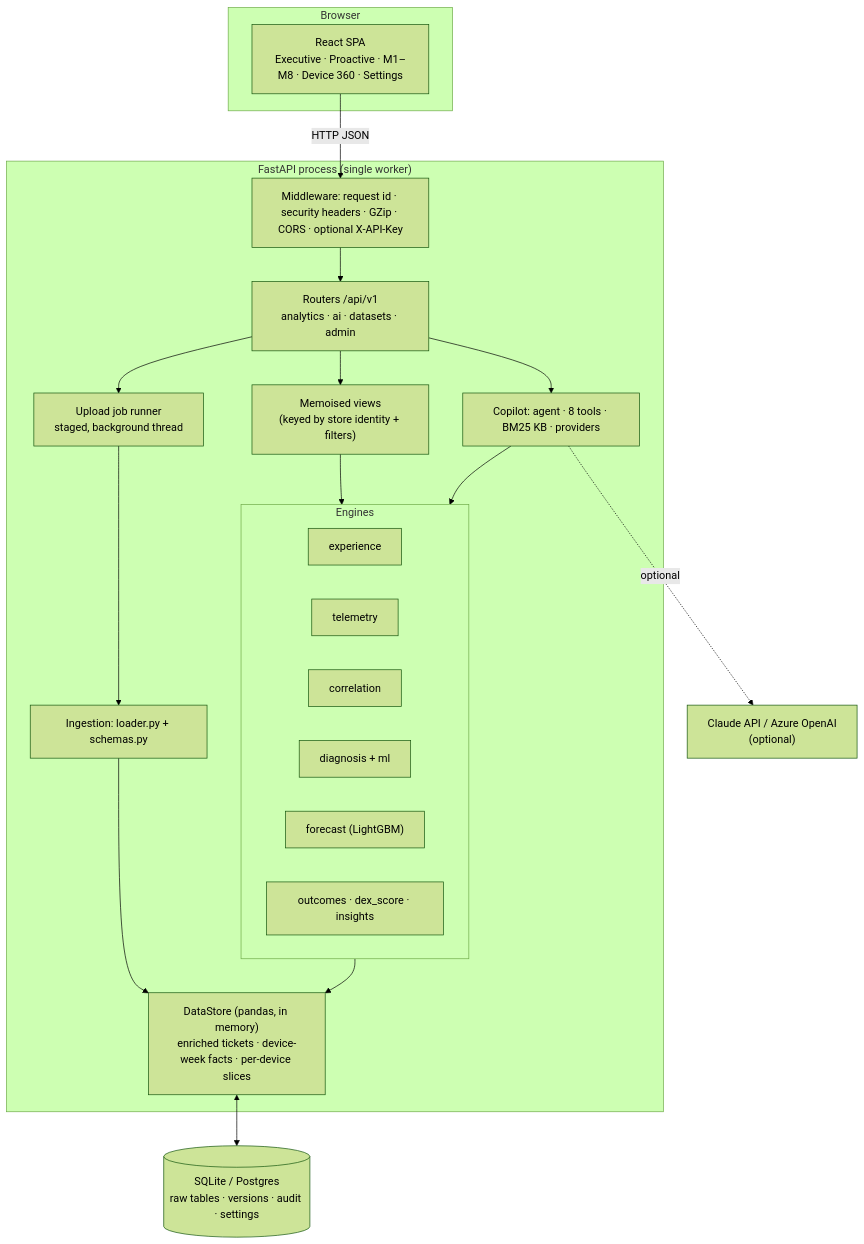
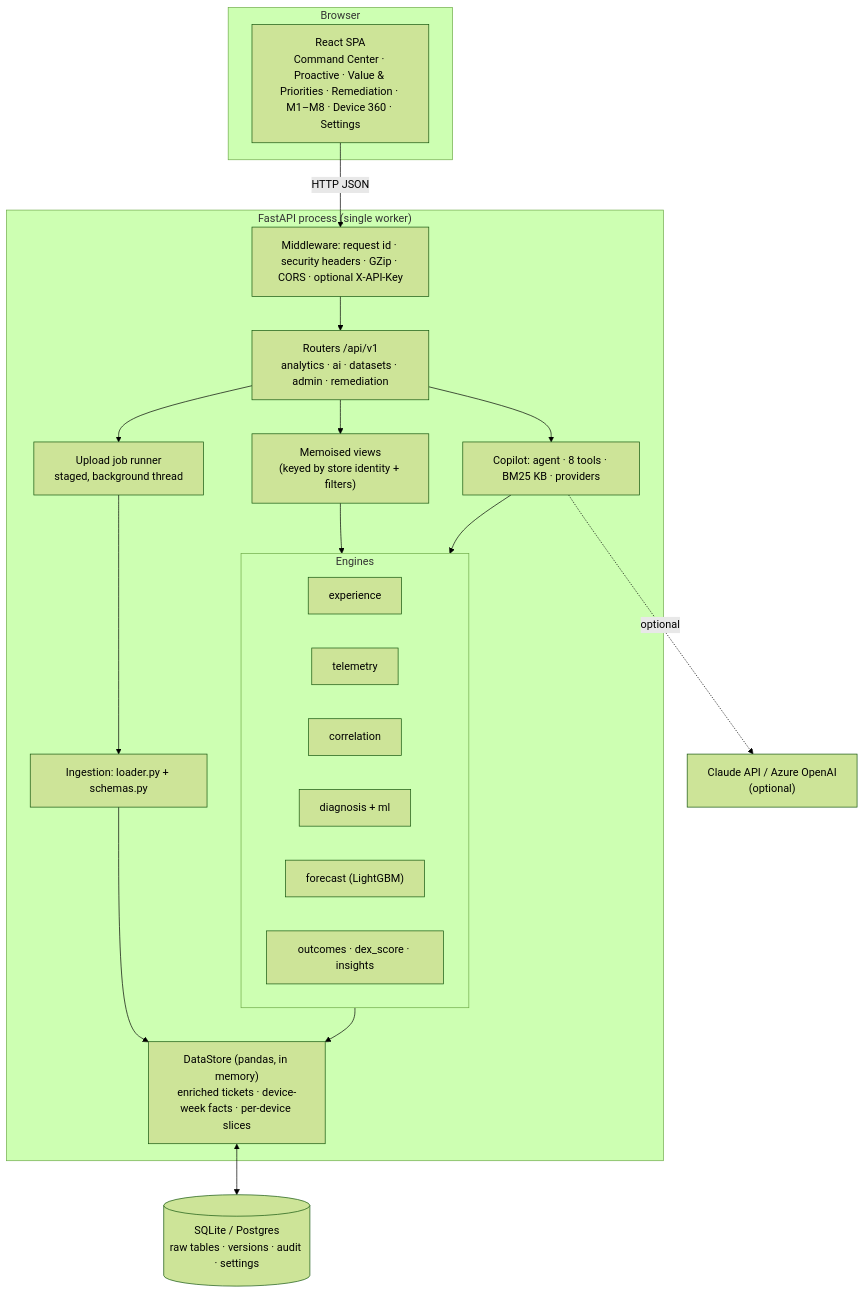
Before and after one commit to VijayVishwanath/SentimentCorrelation: the diagram in docs/TECHNICAL_BRIEF.md, drawn with Mermaid (forest theme). The commit also changed other lines of this file and 29 other files, not shown here.

````diff
--- a/docs/TECHNICAL_BRIEF.md
+++ b/docs/TECHNICAL_BRIEF.md
@@ -112,32 +112,32 @@
 ```mermaid
 flowchart TB
     subgraph Client["Browser"]
-        UI["React SPA<br/>Executive · Proactive · M1–M8 · Device 360 · Settings"]
+        UI["React SPA<br/>Command Center · Proactive · Value & Priorities · Remediation · M1–M8 · Device 360 · Settings"]
     end
     subgraph Server["FastAPI process (single worker)"]
         MW["Middleware: request id · security headers · GZip · CORS · optional X-API-Key"]
-        API["Routers /api/v1<br/>analytics · ai · datasets · admin"]
+        API["Routers /api/v1<br/>analytics · ai · datasets · admin · remediation"]
         MEMO["Memoised views<br/>(keyed by store identity + filters)"]
         JOBS["Upload job runner<br/>staged, background thread"]
         subgraph Engines
             EXP["experience"]
             TEL["telemetry"]
             COR["correlation"]
             DIA["diagnosis + ml"]
             FC["forecast (LightGBM)"]
             OUT["outcomes · dex_score · insights"]
         end
         COP["Copilot: agent · 8 tools · BM25 KB · providers"]
         STORE["DataStore (pandas, in memory)<br/>enriched tickets · device-week facts · per-device slices"]
         ING["Ingestion: loader.py + schemas.py"]
     end
     DB[("SQLite / Postgres<br/>raw tables · versions · audit · settings")]
     LLM["Claude API / Azure OpenAI<br/>(optional)"]
 
     UI -- "HTTP JSON" --> MW --> API
     API --> MEMO --> Engines --> STORE
     API --> COP --> Engines
     COP -. optional .-> LLM
     API --> JOBS --> ING --> STORE
     STORE <--> DB
 ```
````
